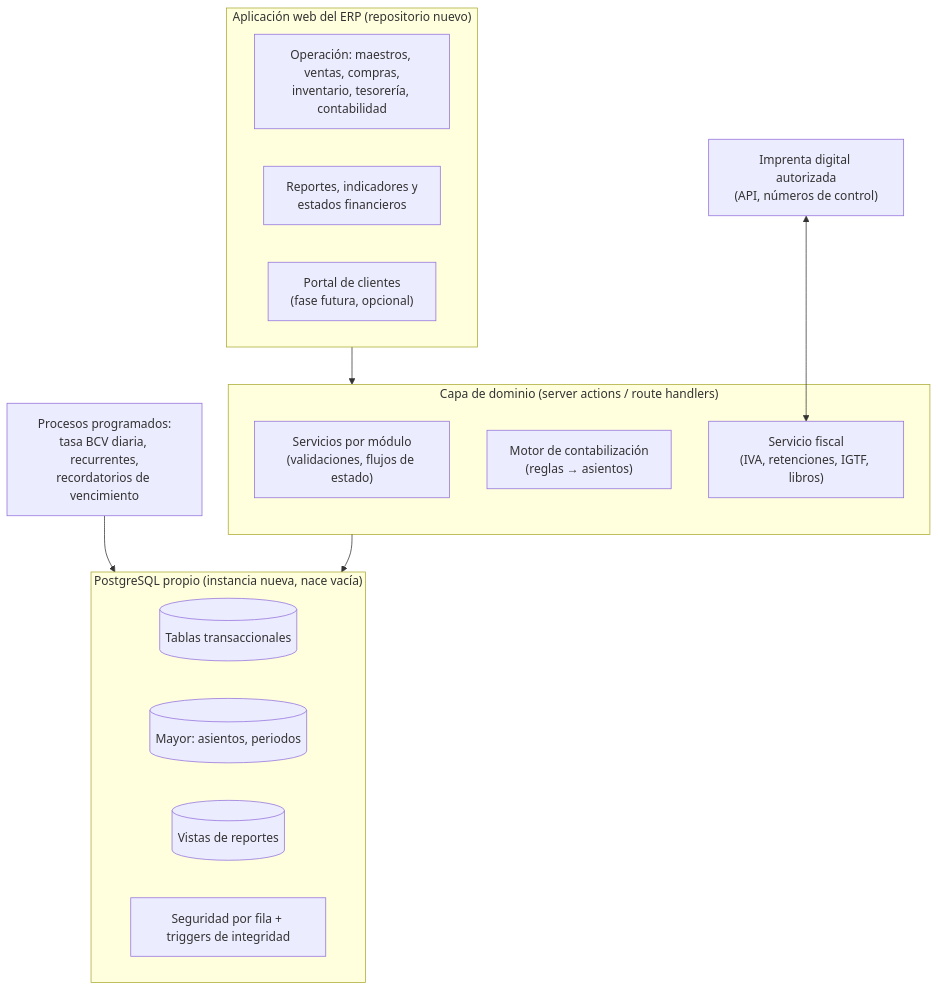
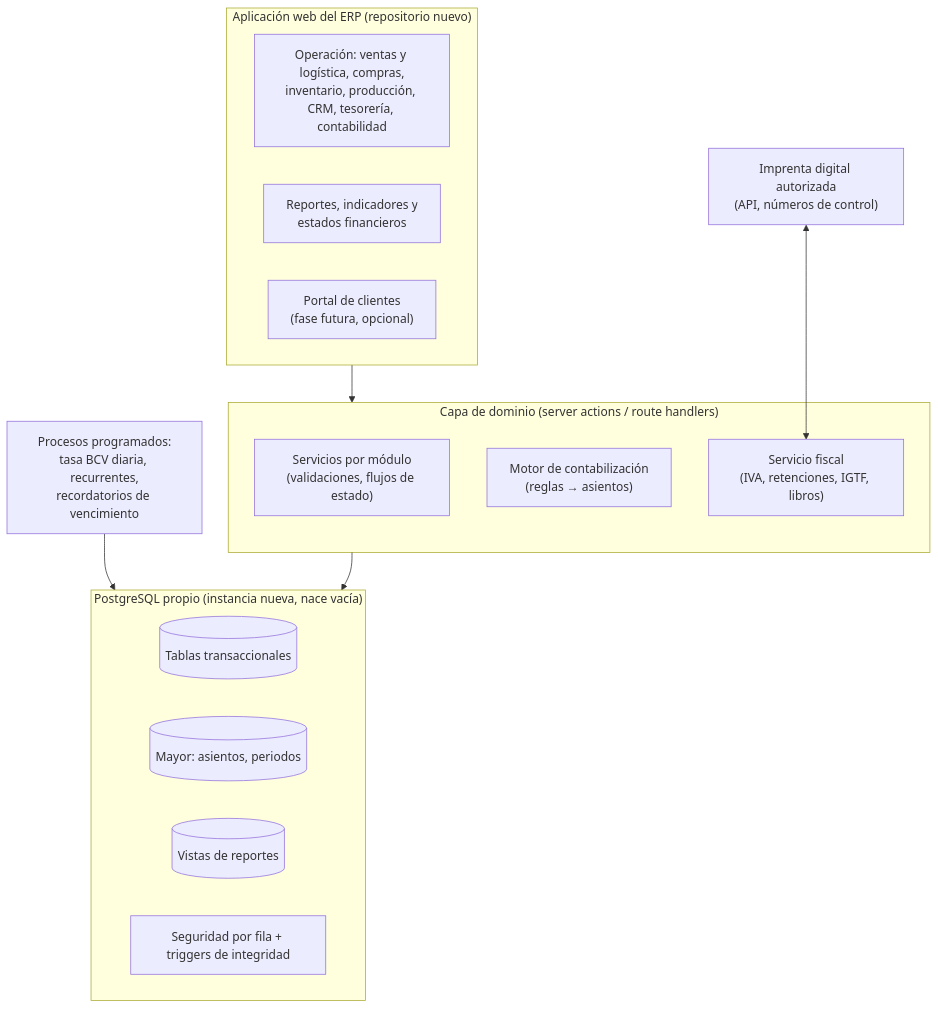
Before and after one commit to nietolej/ERP: the second of 4 diagrams in docs/spec_erp_hanei_motors.md, drawn with Mermaid. The commit also changed other lines of this file and 3 other files, not shown here.

````diff
--- a/docs/spec_erp_hanei_motors.md
+++ b/docs/spec_erp_hanei_motors.md
@@ -154,22 +154,22 @@
 ```mermaid
 flowchart TB
   subgraph UI["Aplicación web del ERP (repositorio nuevo)"]
-    ERPUI["Operación: maestros, ventas, compras,\ninventario, tesorería, contabilidad"]
+    ERPUI["Operación: ventas y logística, compras,\ninventario, producción, CRM, tesorería, contabilidad"]
     REPUI["Reportes, indicadores y\nestados financieros"]
     B2B["Portal de clientes\n(fase futura, opcional)"]
   end
   subgraph DOM["Capa de dominio (server actions / route handlers)"]
     SVC["Servicios por módulo\n(validaciones, flujos de estado)"]
     POST["Motor de contabilización\n(reglas → asientos)"]
     FIS["Servicio fiscal\n(IVA, retenciones, IGTF, libros)"]
   end
   subgraph DB["PostgreSQL propio (instancia nueva, nace vacía)"]
     TX[("Tablas transaccionales")]
     GL[("Mayor: asientos, periodos")]
     V[("Vistas de reportes")]
     RLS["Seguridad por fila + triggers de integridad"]
   end
   JOBS["Procesos programados:\ntasa BCV diaria, recurrentes,\nrecordatorios de vencimiento"] --> DB
   IMP["Imprenta digital autorizada\n(API, números de control)"] <--> FIS
   UI --> DOM --> DB
 ```
````
